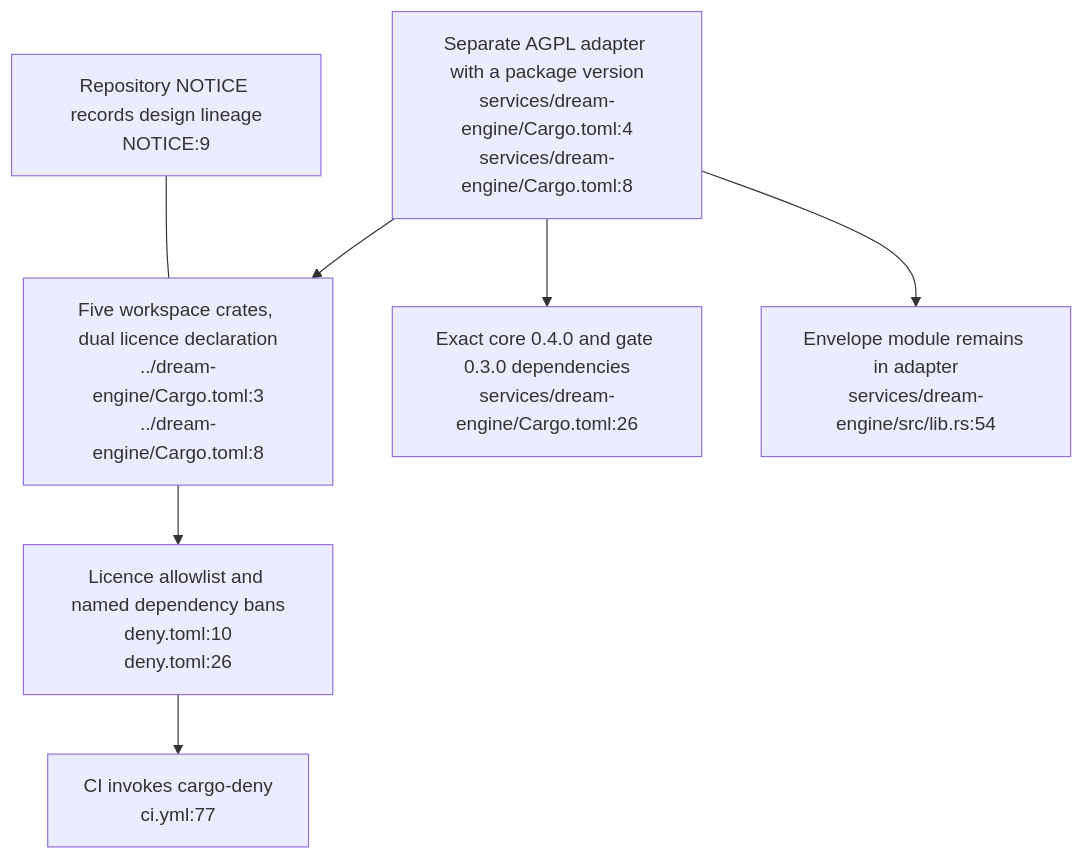
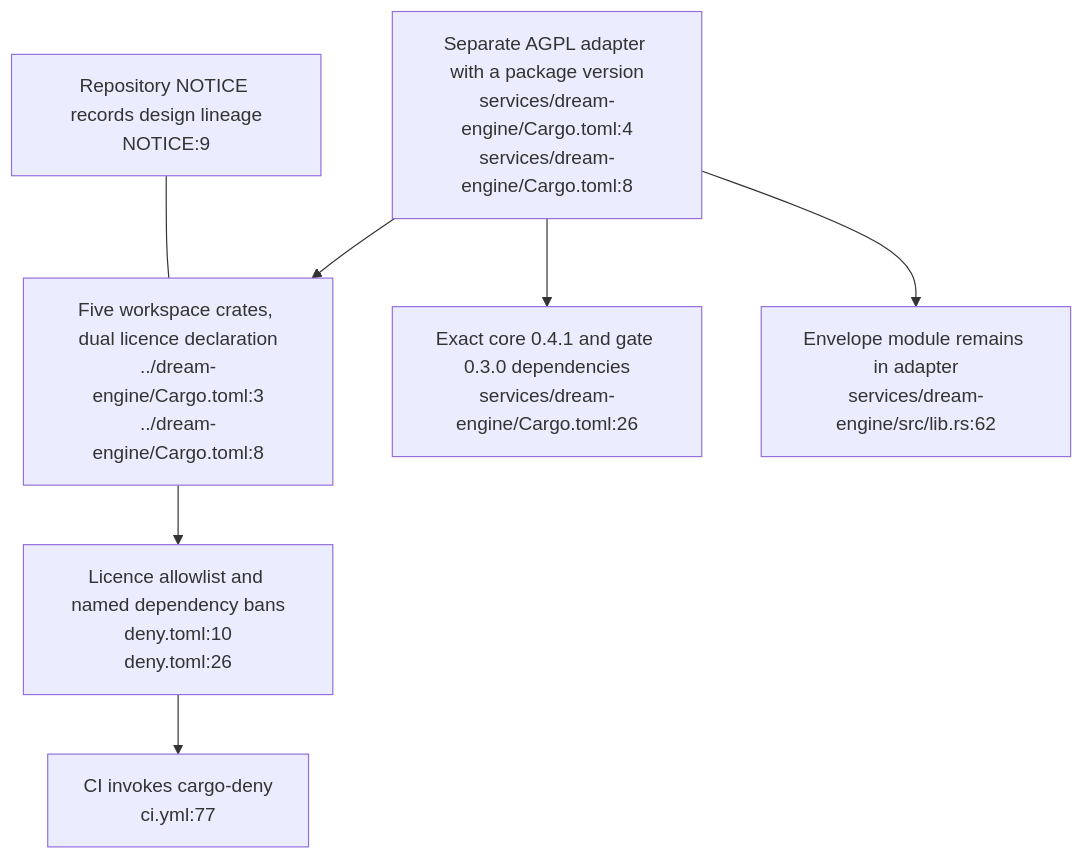
Before and after one commit to DreamLab-AI/VisionFlow: the second of 2 diagrams in docs/diagrams/dream-engine/05-migration-and-package-boundaries.md, drawn with Mermaid. The commit also changed other lines of this file and 36 other files, not shown here.

First line of the commit message:
docs(diagrams): re-derive and re-stamp agentbox, dream-engine, visioncraft, visiontouch and vowl topics; drop LAN addresses

````diff
--- a/docs/diagrams/dream-engine/05-migration-and-package-boundaries.md
+++ b/docs/diagrams/dream-engine/05-migration-and-package-boundaries.md
@@ -51,9 +51,9 @@
 ```mermaid
 flowchart TB
     CORE["Five workspace crates, dual licence declaration<br/>../dream-engine/Cargo.toml:3<br/>../dream-engine/Cargo.toml:8"] --> ALLOW["Licence allowlist and named dependency bans<br/>deny.toml:10<br/>deny.toml:26"]
     ALLOW --> CI["CI invokes cargo-deny<br/>ci.yml:77"]
     NOTICE["Repository NOTICE records design lineage<br/>NOTICE:9"] --- CORE
     ADAPTER["Separate AGPL adapter with a package version<br/>services/dream-engine/Cargo.toml:4<br/>services/dream-engine/Cargo.toml:8"] --> CORE
-    ADAPTER --> PINS["Exact core 0.4.0 and gate 0.3.0 dependencies<br/>services/dream-engine/Cargo.toml:26"]
-    ADAPTER --> ENVELOPE["Envelope module remains in adapter<br/>services/dream-engine/src/lib.rs:54"]
+    ADAPTER --> PINS["Exact core 0.4.1 and gate 0.3.0 dependencies<br/>services/dream-engine/Cargo.toml:26"]
+    ADAPTER --> ENVELOPE["Envelope module remains in adapter<br/>services/dream-engine/src/lib.rs:62"]
 ```
````
